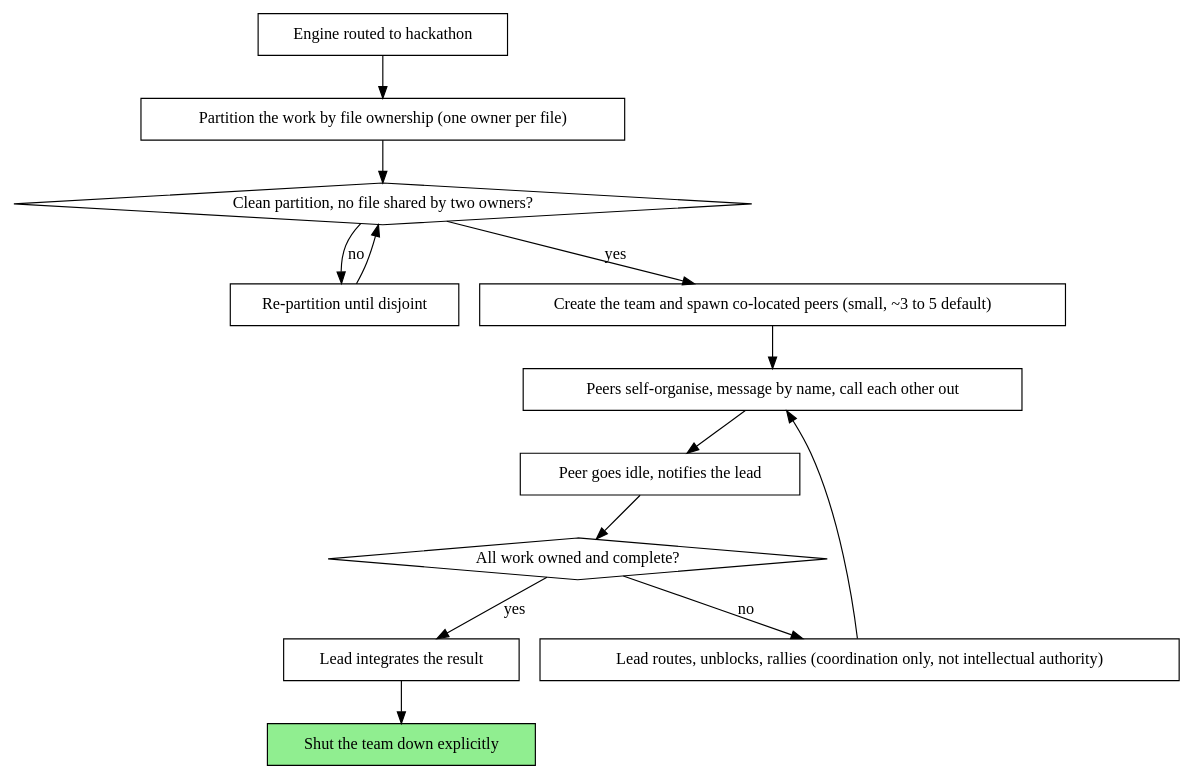
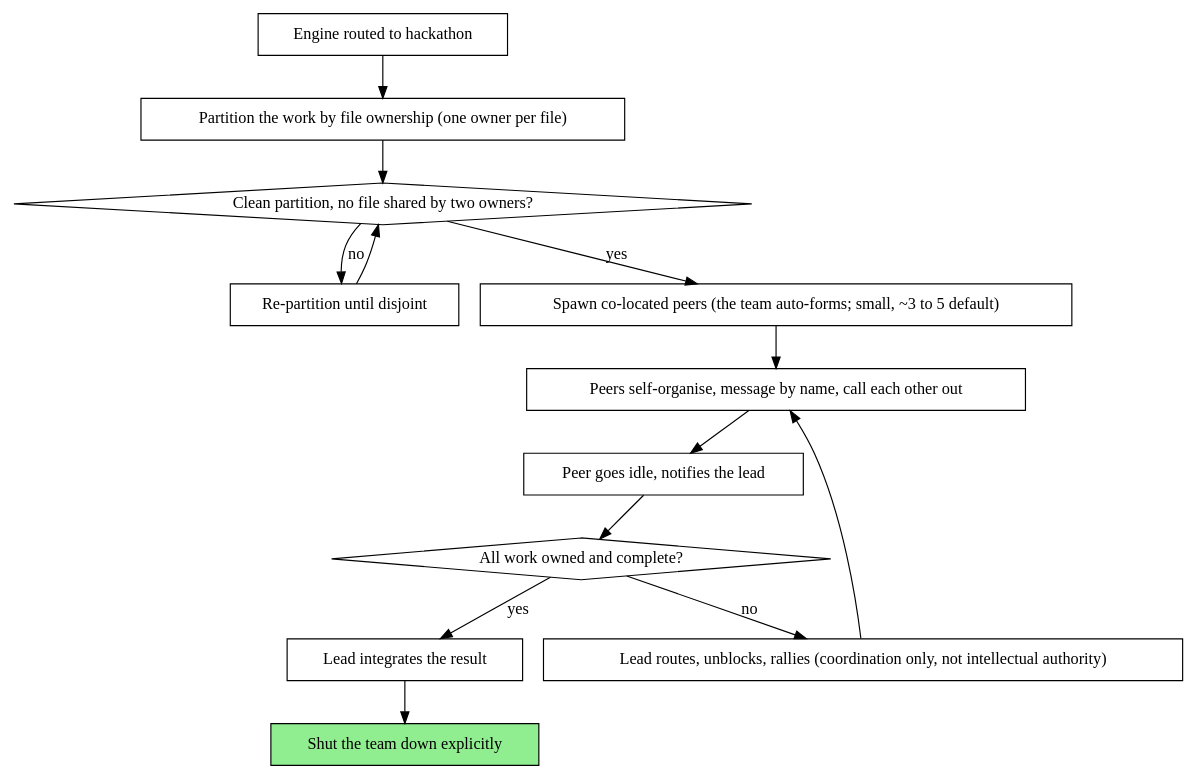
One commit to lujstn/playbook changed the diagram in skills/hackathon-team/SKILL.md. Above: the diagram before and after it, drawn with Graphviz. The commit also changed other lines of this file and 30 other files, not shown here.

````diff
--- a/skills/hackathon-team/SKILL.md
+++ b/skills/hackathon-team/SKILL.md
@@ -55,29 +55,29 @@
 ```dot
 digraph hackathon_team {
     rankdir=TB;
     "Engine routed to hackathon" [shape=box];
     "Partition the work by file ownership (one owner per file)" [shape=box];
     "Clean partition, no file shared by two owners?" [shape=diamond];
     "Re-partition until disjoint" [shape=box];
-    "Create the team and spawn co-located peers (small, ~3 to 5 default)" [shape=box];
+    "Spawn co-located peers (the team auto-forms; small, ~3 to 5 default)" [shape=box];
     "Peers self-organise, message by name, call each other out" [shape=box];
     "Peer goes idle, notifies the lead" [shape=box];
     "All work owned and complete?" [shape=diamond];
     "Lead routes, unblocks, rallies (coordination only, not intellectual authority)" [shape=box];
     "Lead integrates the result" [shape=box];
     "Shut the team down explicitly" [shape=box style=filled fillcolor=lightgreen];
 
     "Engine routed to hackathon" -> "Partition the work by file ownership (one owner per file)";
     "Partition the work by file ownership (one owner per file)" -> "Clean partition, no file shared by two owners?";
     "Clean partition, no file shared by two owners?" -> "Re-partition until disjoint" [label="no"];
     "Re-partition until disjoint" -> "Clean partition, no file shared by two owners?";
-    "Clean partition, no file shared by two owners?" -> "Create the team and spawn co-located peers (small, ~3 to 5 default)" [label="yes"];
-    "Create the team and spawn co-located peers (small, ~3 to 5 default)" -> "Peers self-organise, message by name, call each other out";
+    "Clean partition, no file shared by two owners?" -> "Spawn co-located peers (the team auto-forms; small, ~3 to 5 default)" [label="yes"];
+    "Spawn co-located peers (the team auto-forms; small, ~3 to 5 default)" -> "Peers self-organise, message by name, call each other out";
     "Peers self-organise, message by name, call each other out" -> "Peer goes idle, notifies the lead";
     "Peer goes idle, notifies the lead" -> "All work owned and complete?";
     "All work owned and complete?" -> "Lead routes, unblocks, rallies (coordination only, not intellectual authority)" [label="no"];
     "Lead routes, unblocks, rallies (coordination only, not intellectual authority)" -> "Peers self-organise, message by name, call each other out";
     "All work owned and complete?" -> "Lead integrates the result" [label="yes"];
     "Lead integrates the result" -> "Shut the team down explicitly";
 }
 ```
````
